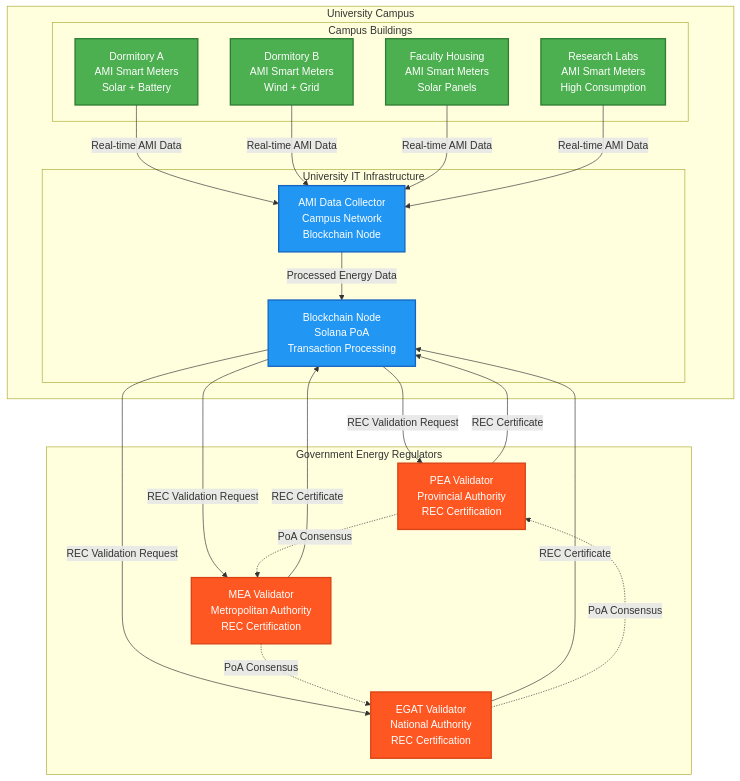
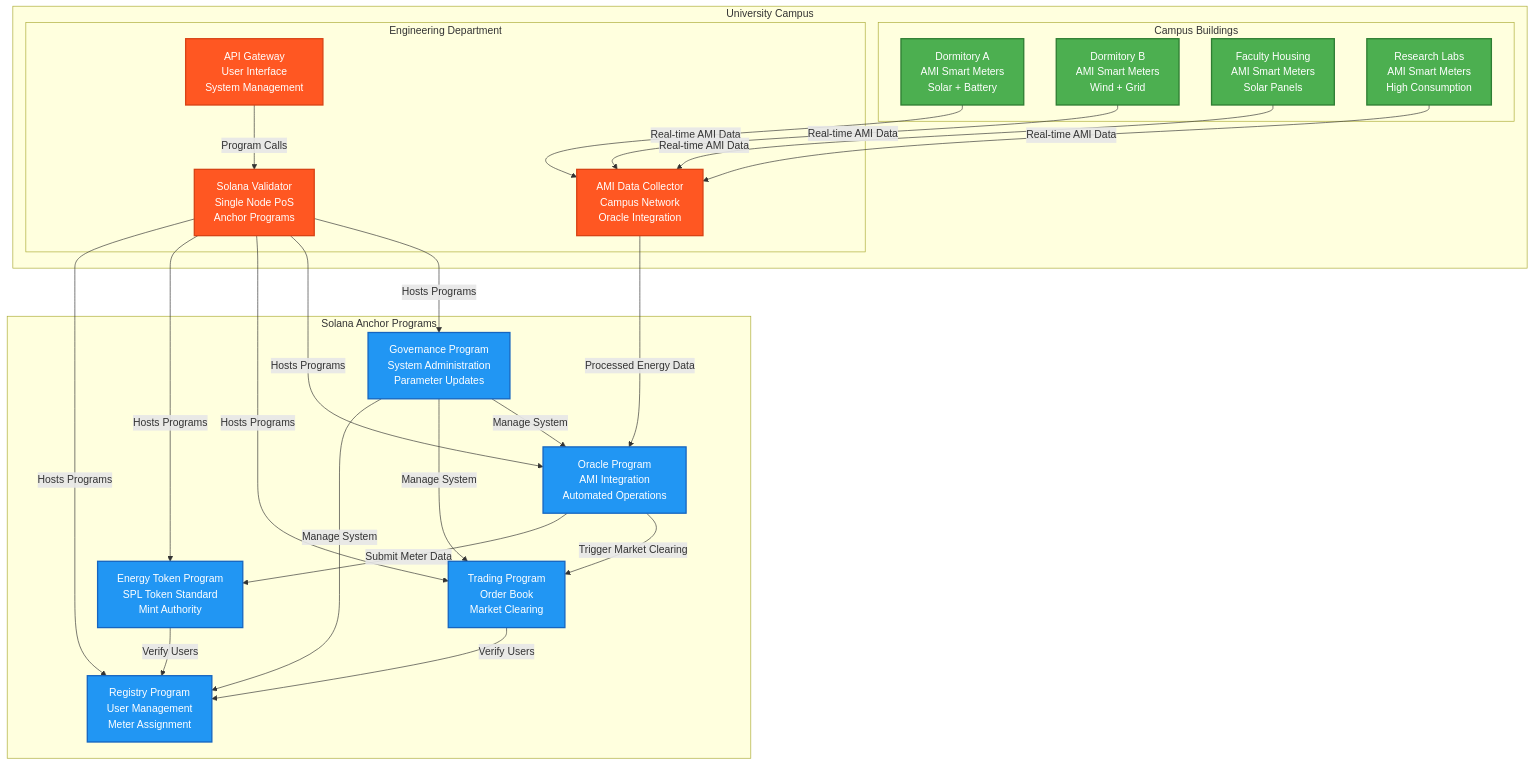
One commit to NakaSato/p2p changed the diagram in docs/SYSTEM_ARCHITECTURE.md. Above: the diagram before and after it, drawn with Mermaid. The commit also changed other lines of this file and 21 other files, not shown here.

````diff
--- a/docs/SYSTEM_ARCHITECTURE.md
+++ b/docs/SYSTEM_ARCHITECTURE.md
@@ -75,54 +60,59 @@
 ```mermaid
 flowchart TD
     subgraph Campus ["University Campus"]
         subgraph Buildings ["Campus Buildings"]
             DA["Dormitory A<br/>AMI Smart Meters<br/>Solar + Battery"]
             DB["Dormitory B<br/>AMI Smart Meters<br/>Wind + Grid"]
             FH["Faculty Housing<br/>AMI Smart Meters<br/>Solar Panels"]
             RL["Research Labs<br/>AMI Smart Meters<br/>High Consumption"]
         end
         
-        subgraph IT ["University IT Infrastructure"]
-            AMI["AMI Data Collector<br/>Campus Network<br/>Blockchain Node"]
-            BC["Blockchain Node<br/>Solana PoA<br/>Transaction Processing"]
+        subgraph EngDept ["Engineering Department"]
+            AMI["AMI Data Collector<br/>Campus Network<br/>Oracle Integration"]
+            SOL["Solana Validator<br/>Single Node PoS<br/>Anchor Programs"]
+            API["API Gateway<br/>User Interface<br/>System Management"]
         end
     end
     
-    subgraph Regulators ["Government Energy Regulators"]
-        PEA["PEA Validator<br/>Provincial Authority<br/>REC Certification"]
-        MEA["MEA Validator<br/>Metropolitan Authority<br/>REC Certification"]
-        EGAT["EGAT Validator<br/>National Authority<br/>REC Certification"]
+    subgraph Programs ["Solana Anchor Programs"]
+        REG["Registry Program<br/>User Management<br/>Meter Assignment"]
+        TKN["Energy Token Program<br/>SPL Token Standard<br/>Mint Authority"]
+        TRD["Trading Program<br/>Order Book<br/>Market Clearing"]
+        ORC["Oracle Program<br/>AMI Integration<br/>Automated Operations"]
+        GOV["Governance Program<br/>System Administration<br/>Parameter Updates"]
     end
     
-    %% Data flow from buildings to IT
+    %% Data flow from buildings to Engineering Dept
     DA -->|"Real-time AMI Data"| AMI
     DB -->|"Real-time AMI Data"| AMI
     FH -->|"Real-time AMI Data"| AMI
     RL -->|"Real-time AMI Data"| AMI
     
-    %% IT to blockchain
-    AMI -->|"Processed Energy Data"| BC
+    %% Engineering Dept internal flow
+    AMI -->|"Processed Energy Data"| ORC
+    SOL -->|"Hosts Programs"| REG
+    SOL -->|"Hosts Programs"| TKN
+    SOL -->|"Hosts Programs"| TRD
+    SOL -->|"Hosts Programs"| ORC
+    SOL -->|"Hosts Programs"| GOV
     
-    %% REC validation requests
-    BC -->|"REC Validation Request"| PEA
-    BC -->|"REC Validation Request"| MEA
-    BC -->|"REC Validation Request"| EGAT
+    %% Program interactions
+    ORC -->|"Submit Meter Data"| TKN
+    ORC -->|"Trigger Market Clearing"| TRD
+    TRD -->|"Verify Users"| REG
+    TKN -->|"Verify Users"| REG
+    GOV -->|"Manage System"| REG
+    GOV -->|"Manage System"| TRD
+    GOV -->|"Manage System"| ORC
     
-    %% REC responses
-    PEA -->|"REC Certificate"| BC
-    MEA -->|"REC Certificate"| BC
-    EGAT -->|"REC Certificate"| BC
-    
-    %% Validator consensus
-    PEA -.->|"PoA Consensus"| MEA
-    MEA -.->|"PoA Consensus"| EGAT
-    EGAT -.->|"PoA Consensus"| PEA
+    %% User interface
+    API -->|"Program Calls"| SOL
     
     classDef building fill:#4CAF50,stroke:#2E7D32,stroke-width:2px,color:#fff
-    classDef validator fill:#FF5722,stroke:#D84315,stroke-width:2px,color:#fff
-    classDef university fill:#2196F3,stroke:#1565C0,stroke-width:2px,color:#fff
+    classDef engdept fill:#FF5722,stroke:#D84315,stroke-width:2px,color:#fff
+    classDef program fill:#2196F3,stroke:#1565C0,stroke-width:2px,color:#fff
     
     class DA,DB,FH,RL building
-    class PEA,MEA,EGAT validator
-    class AMI,BC university
+    class AMI,SOL,API engdept
+    class REG,TKN,TRD,ORC,GOV program
 ```
````
